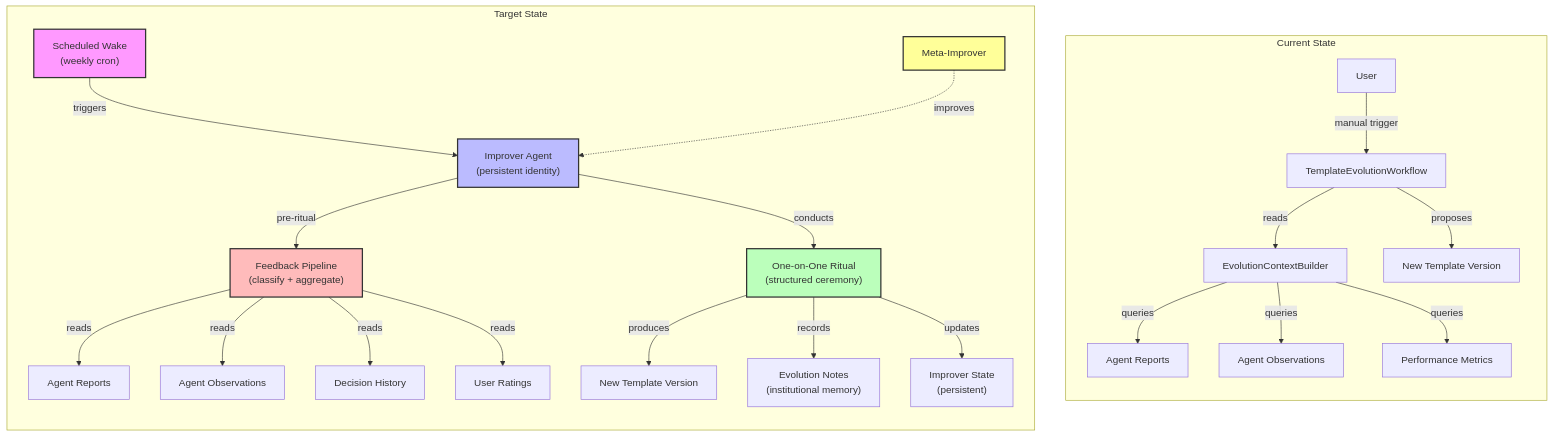
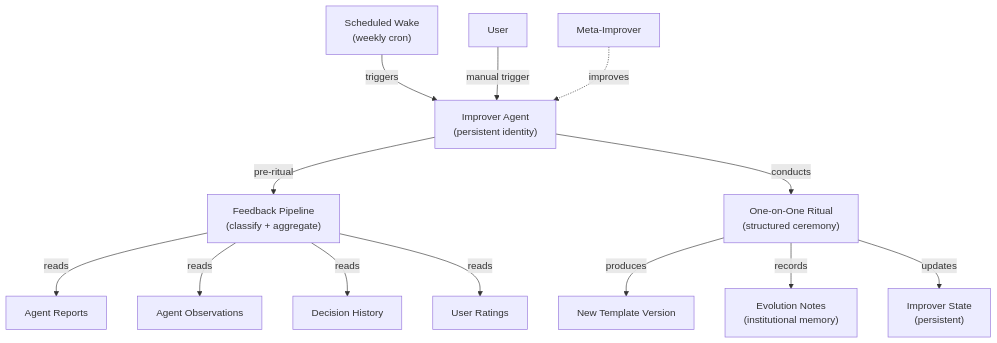
Before and after one commit to matthiasn/lotti: the second of 16 diagrams in docs/implementation_plans/2026-03-01_weekly_one_on_one_self_learning_cycle.md, drawn with Mermaid. The commit also changed other lines of this file and 2 other files, not shown here.

````diff
--- a/docs/implementation_plans/2026-03-01_weekly_one_on_one_self_learning_cycle.md
+++ b/docs/implementation_plans/2026-03-01_weekly_one_on_one_self_learning_cycle.md
@@ -84,33 +98,15 @@
 ```mermaid
 flowchart TB
-    subgraph "Current State"
-        direction TB
-        U1["User"] -->|"manual trigger"| EW["TemplateEvolutionWorkflow"]
-        EW -->|"reads"| ECB["EvolutionContextBuilder"]
-        ECB -->|"queries"| AR["Agent Reports"]
-        ECB -->|"queries"| AO["Agent Observations"]
-        ECB -->|"queries"| PM["Performance Metrics"]
-        EW -->|"proposes"| TV["New Template Version"]
-    end
-
-    subgraph "Target State"
-        direction TB
-        SCHED["Scheduled Wake\n(weekly cron)"] -->|"triggers"| IA["Improver Agent\n(persistent identity)"]
-        IA -->|"pre-ritual"| FP["Feedback Pipeline\n(classify + aggregate)"]
-        FP -->|"reads"| AR2["Agent Reports"]
-        FP -->|"reads"| AO2["Agent Observations"]
-        FP -->|"reads"| DH["Decision History"]
-        FP -->|"reads"| UR["User Ratings"]
-        IA -->|"conducts"| RITUAL["One-on-One Ritual\n(structured ceremony)"]
-        RITUAL -->|"produces"| TV2["New Template Version"]
-        RITUAL -->|"records"| EN["Evolution Notes\n(institutional memory)"]
-        RITUAL -->|"updates"| IS["Improver State\n(persistent)"]
-        META["Meta-Improver"] -.->|"improves"| IA
-    end
-
-    style SCHED fill:#f9f,stroke:#333,stroke-width:2px
-    style IA fill:#bbf,stroke:#333,stroke-width:2px
-    style FP fill:#fbb,stroke:#333,stroke-width:2px
-    style RITUAL fill:#bfb,stroke:#333,stroke-width:2px
-    style META fill:#ff9,stroke:#333,stroke-width:2px
+    SCHED["Scheduled Wake\n(weekly cron)"] -->|"triggers"| IA["Improver Agent\n(persistent identity)"]
+    USER["User"] -->|"manual trigger"| IA
+    IA -->|"pre-ritual"| FP["Feedback Pipeline\n(classify + aggregate)"]
+    FP -->|"reads"| AR2["Agent Reports"]
+    FP -->|"reads"| AO2["Agent Observations"]
+    FP -->|"reads"| DH["Decision History"]
+    FP -->|"reads"| UR["User Ratings"]
+    IA -->|"conducts"| RITUAL["One-on-One Ritual\n(structured ceremony)"]
+    RITUAL -->|"produces"| TV2["New Template Version"]
+    RITUAL -->|"records"| EN["Evolution Notes\n(institutional memory)"]
+    RITUAL -->|"updates"| IS["Improver State\n(persistent)"]
+    META["Meta-Improver"] -.->|"improves"| IA
 ```
````
